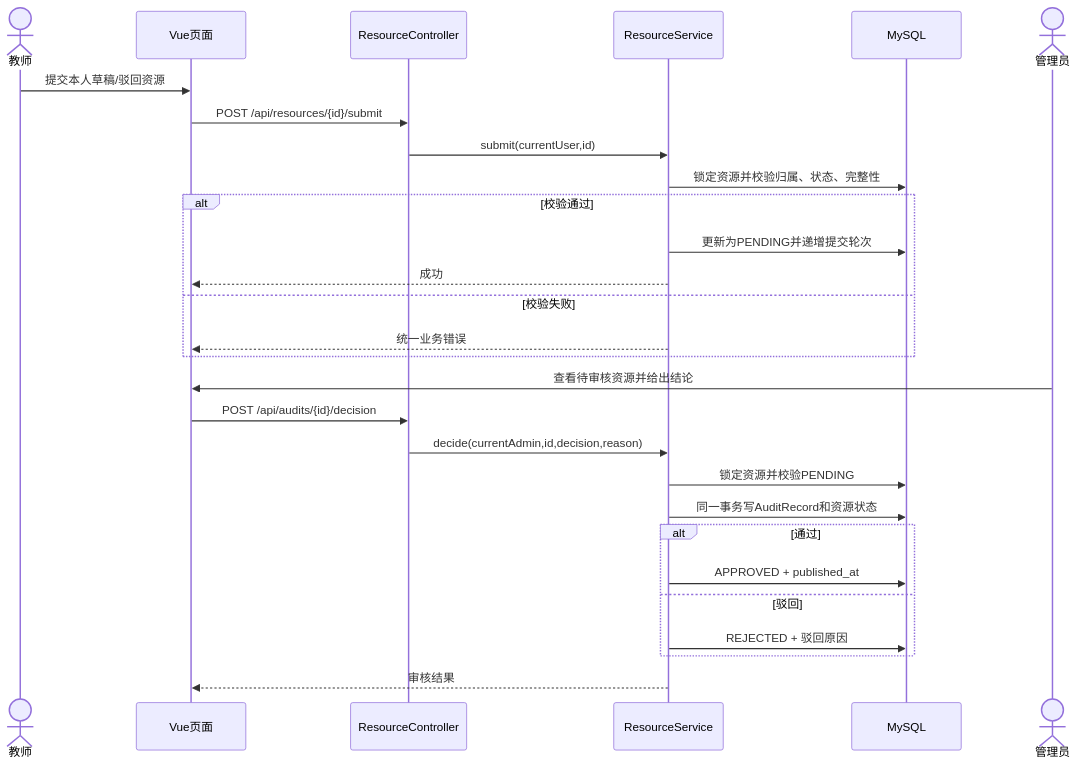
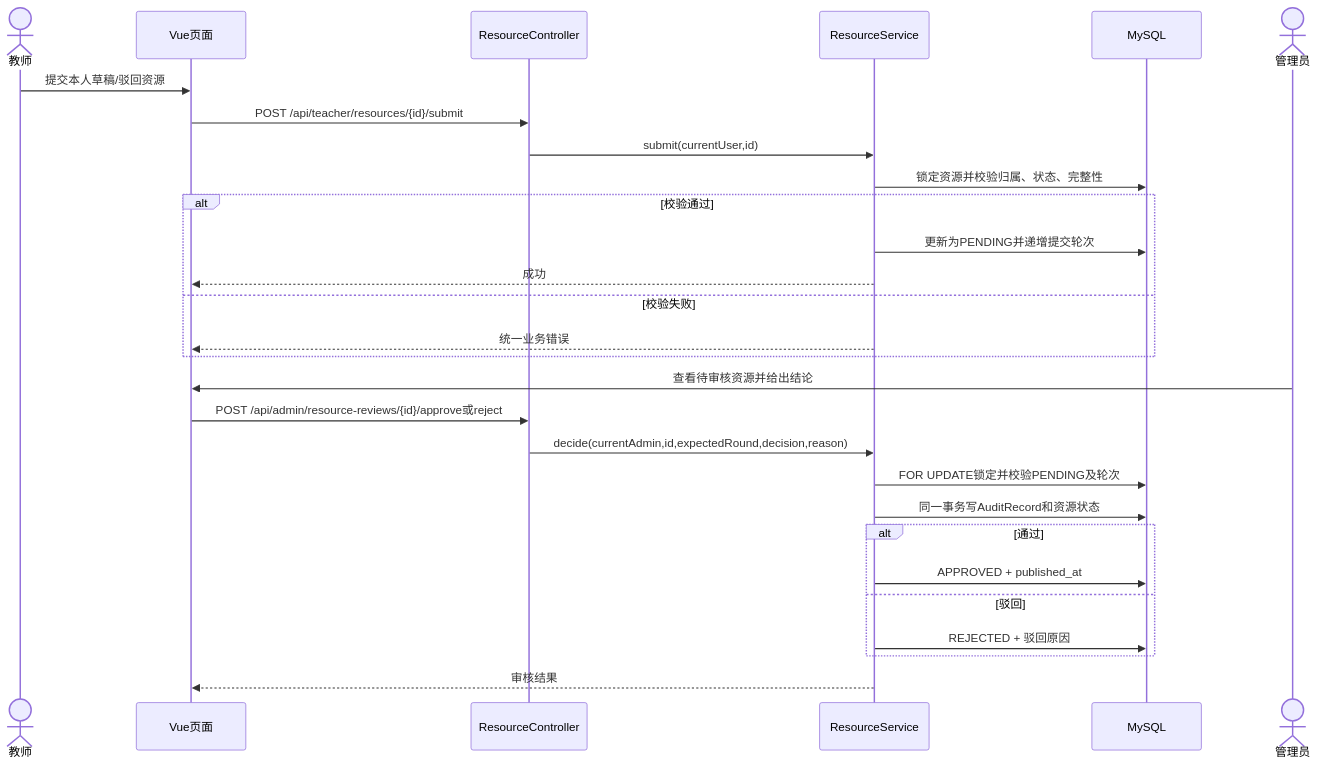
Before and after one commit to snowlei1/Management-System: the second of 6 diagrams in docs/04-业务流程.md, drawn with Mermaid. The commit also changed other lines of this file and 46 other files, not shown here.

````diff
--- a/docs/04-业务流程.md
+++ b/docs/04-业务流程.md
@@ -33,30 +35,30 @@
 ```mermaid
 sequenceDiagram
     actor T as 教师
     participant V as Vue页面
     participant C as ResourceController
     participant S as ResourceService
     participant DB as MySQL
     actor A as 管理员
     T->>V: 提交本人草稿/驳回资源
-    V->>C: POST /api/resources/{id}/submit
+    V->>C: POST /api/teacher/resources/{id}/submit
     C->>S: submit(currentUser,id)
     S->>DB: 锁定资源并校验归属、状态、完整性
     alt 校验通过
         S->>DB: 更新为PENDING并递增提交轮次
         S-->>V: 成功
     else 校验失败
         S-->>V: 统一业务错误
     end
     A->>V: 查看待审核资源并给出结论
-    V->>C: POST /api/audits/{id}/decision
-    C->>S: decide(currentAdmin,id,decision,reason)
-    S->>DB: 锁定资源并校验PENDING
+    V->>C: POST /api/admin/resource-reviews/{id}/approve或reject
+    C->>S: decide(currentAdmin,id,expectedRound,decision,reason)
+    S->>DB: FOR UPDATE锁定并校验PENDING及轮次
     S->>DB: 同一事务写AuditRecord和资源状态
     alt 通过
         S->>DB: APPROVED + published_at
     else 驳回
         S->>DB: REJECTED + 驳回原因
     end
     S-->>V: 审核结果
 ```
````
